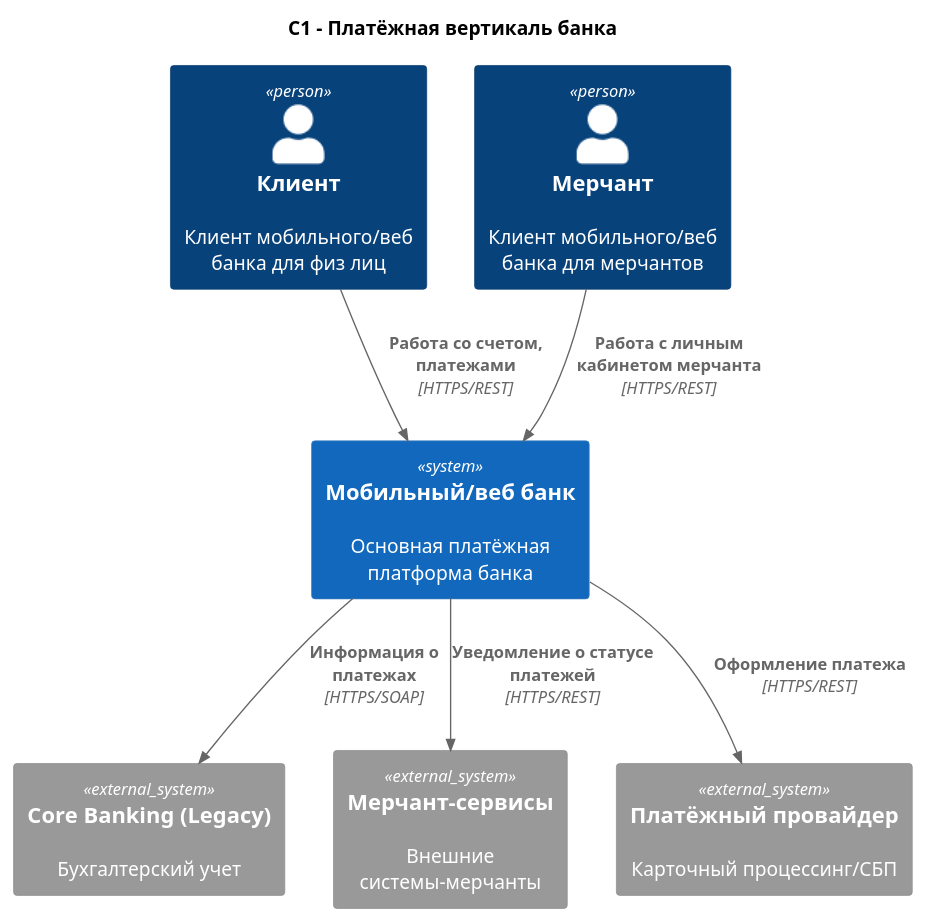
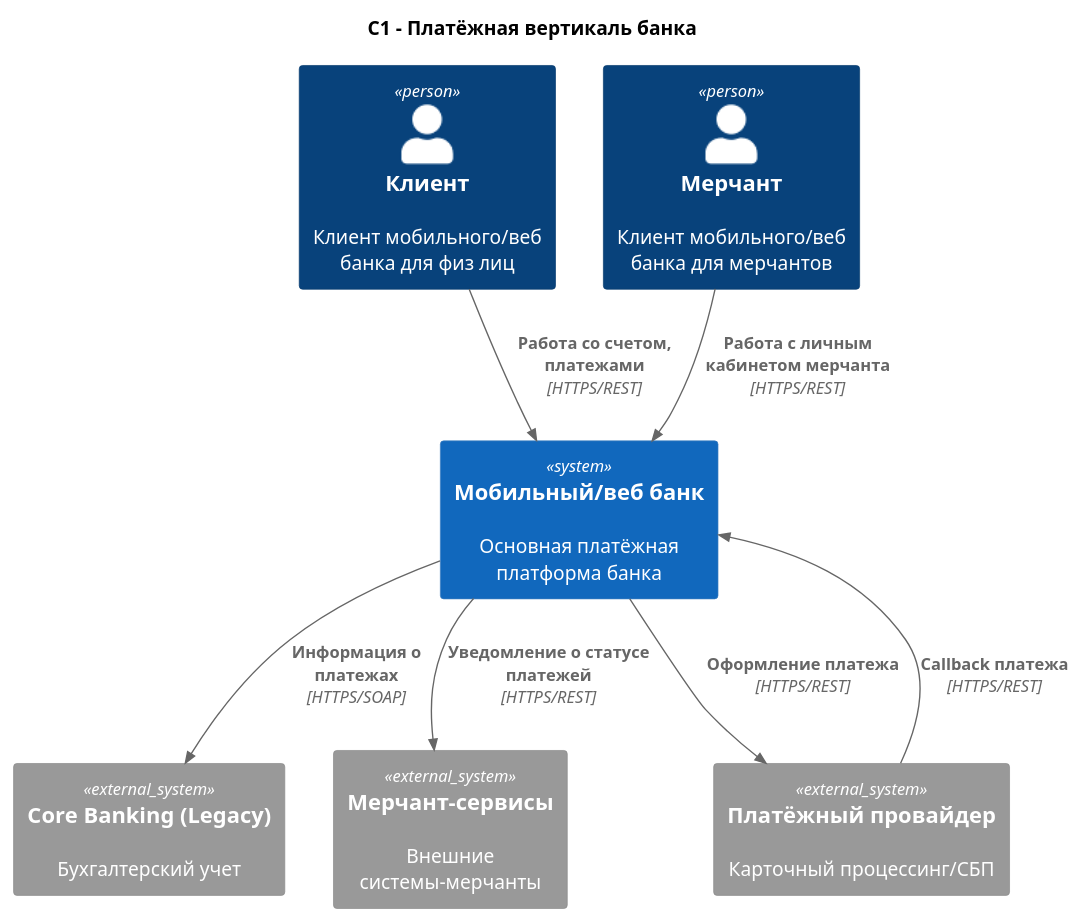
One commit to NerouN1919/SDIA changed the diagram in payment/C1.puml. Above: the diagram before and after it, drawn with PlantUML. The commit also changed 18 other files, not shown here.

```diff
--- a/payment/C1.puml
+++ b/payment/C1.puml
@@ -1,25 +1,26 @@
 @startuml
 !include https://raw.githubusercontent.com/plantuml-stdlib/C4-PlantUML/master/C4_Context.puml
 
 title С1 - Платёжная вертикаль банка
 
 ' Клиенты
 Person(client, "Клиент", "Клиент мобильного/веб банка для физ лиц")
 Person(merchant, "Мерчант", "Клиент мобильного/веб банка для мерчантов")
 
 ' Наша система
 System(payment_system, "Мобильный/веб банк", "Основная платёжная платформа банка")
 
 ' Внешние системы
 System_Ext(core_banking, "Core Banking (Legacy)", "Бухгалтерский учет")
 System_Ext(merchant_system, "Мерчант-сервисы", "Внешние системы-мерчанты")
 System_Ext(ext_payment_provider, "Платёжный провайдер", "Карточный процессинг/СБП")
 
 ' Связи
 Rel(client, payment_system, "Работа со счетом, платежами", "HTTPS/REST")
 Rel(merchant, payment_system, "Работа с личным кабинетом мерчанта", "HTTPS/REST")
 Rel(payment_system, merchant_system, "Уведомление о статусе платежей", "HTTPS/REST")
 Rel(payment_system, core_banking, "Информация о платежах", "HTTPS/SOAP")
 Rel(payment_system, ext_payment_provider, "Оформление платежа", "HTTPS/REST")
+Rel(ext_payment_provider, payment_system, "Callback платежа", "HTTPS/REST")
 
 @enduml
```
